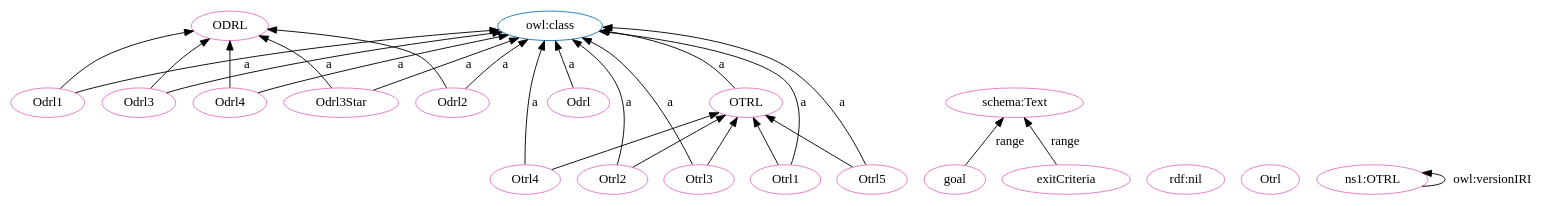
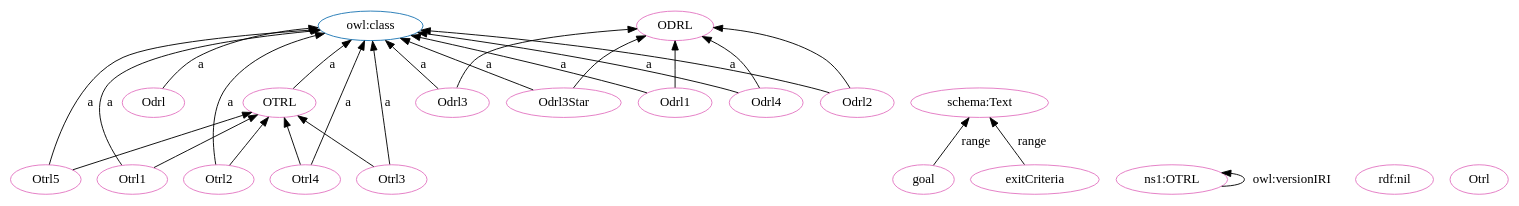
The diagram in OTRL-clean.dot (OPEN-NEXT/OKH-LOSH), drawn with Graphviz before and after one commit. The commit also changed other lines of this file and 15 other files, not shown here.

```diff
--- a/OTRL-clean.dot
+++ b/OTRL-clean.dot
@@ -1,51 +1,51 @@
 digraph G {
   rankdir=BT
   node[height=.3]
 "http://purl.org/oseg/ontologies/OTRL#OTRL" [fillcolor="#1f77b4" color="#1f77b4" label="OTRL"]
 "http://www.w3.org/2002/07/owl#class" [fillcolor="#1f77b4" color="#1f77b4" label="owl:class"]
 "http://purl.org/oseg/ontologies/OTRL#ODRL" [fillcolor="#1f77b4" color="#1f77b4" label="ODRL"]
+"http://purl.org/oseg/ontologies/OTRL#Otrl3" [fillcolor="#e377c2" color="#e377c2" label="Otrl3"]
+"http://purl.org/oseg/ontologies/OTRL#Odrl" [fillcolor="#e377c2" color="#e377c2" label="Odrl"]
 "http://purl.org/oseg/ontologies/OTRL#OTRL" [fillcolor="#e377c2" color="#e377c2" label="OTRL"]
-"http://purl.org/oseg/ontologies/OTRL#Otrl2" [fillcolor="#e377c2" color="#e377c2" label="Otrl2"]
+"http://schema.org/Text" [fillcolor="#e377c2" color="#e377c2" label="schema:Text"]
+"http://purl.org/oseg/ontologies/OTRL" [fillcolor="#e377c2" color="#e377c2" label="ns1:OTRL"]
+"http://purl.org/oseg/ontologies/OTRL#Odrl4" [fillcolor="#e377c2" color="#e377c2" label="Odrl4"]
 "http://purl.org/oseg/ontologies/OTRL#goal" [fillcolor="#e377c2" color="#e377c2" label="goal"]
+"http://purl.org/oseg/ontologies/OTRL#ODRL" [fillcolor="#e377c2" color="#e377c2" label="ODRL"]
 "http://purl.org/oseg/ontologies/OTRL#Odrl3Star" [fillcolor="#e377c2" color="#e377c2" label="Odrl3Star"]
 "http://www.w3.org/1999/02/22-rdf-syntax-ns#nil" [fillcolor="#e377c2" color="#e377c2" label="rdf:nil"]
 "http://purl.org/oseg/ontologies/OTRL#Otrl5" [fillcolor="#e377c2" color="#e377c2" label="Otrl5"]
 "http://purl.org/oseg/ontologies/OTRL#Otrl" [fillcolor="#e377c2" color="#e377c2" label="Otrl"]
-"http://purl.org/oseg/ontologies/OTRL#Odrl" [fillcolor="#e377c2" color="#e377c2" label="Odrl"]
-"http://purl.org/oseg/ontologies/OTRL#ODRL" [fillcolor="#e377c2" color="#e377c2" label="ODRL"]
-"http://purl.org/oseg/ontologies/OTRL#Otrl3" [fillcolor="#e377c2" color="#e377c2" label="Otrl3"]
-"http://schema.org/Text" [fillcolor="#e377c2" color="#e377c2" label="schema:Text"]
-"http://purl.org/oseg/ontologies/OTRL" [fillcolor="#e377c2" color="#e377c2" label="ns1:OTRL"]
-"http://purl.org/oseg/ontologies/OTRL#Otrl4" [fillcolor="#e377c2" color="#e377c2" label="Otrl4"]
-"http://purl.org/oseg/ontologies/OTRL#Odrl4" [fillcolor="#e377c2" color="#e377c2" label="Odrl4"]
+"http://purl.org/oseg/ontologies/OTRL#Odrl3" [fillcolor="#e377c2" color="#e377c2" label="Odrl3"]
+"http://purl.org/oseg/ontologies/OTRL#Otrl2" [fillcolor="#e377c2" color="#e377c2" label="Otrl2"]
 "http://purl.org/oseg/ontologies/OTRL#exitCriteria" [fillcolor="#e377c2" color="#e377c2" label="exitCriteria"]
+"http://purl.org/oseg/ontologies/OTRL#Odrl1" [fillcolor="#e377c2" color="#e377c2" label="Odrl1"]
 "http://purl.org/oseg/ontologies/OTRL#Otrl1" [fillcolor="#e377c2" color="#e377c2" label="Otrl1"]
 "http://purl.org/oseg/ontologies/OTRL#Odrl2" [fillcolor="#e377c2" color="#e377c2" label="Odrl2"]
-"http://purl.org/oseg/ontologies/OTRL#Odrl1" [fillcolor="#e377c2" color="#e377c2" label="Odrl1"]
-"http://purl.org/oseg/ontologies/OTRL#Odrl3" [fillcolor="#e377c2" color="#e377c2" label="Odrl3"]
-  "http://purl.org/oseg/ontologies/OTRL#Otrl3" -> "http://purl.org/oseg/ontologies/OTRL#OTRL" [label=""]
+"http://purl.org/oseg/ontologies/OTRL#Otrl4" [fillcolor="#e377c2" color="#e377c2" label="Otrl4"]
+  "http://purl.org/oseg/ontologies/OTRL#OTRL" -> "http://www.w3.org/2002/07/owl#class" [label="a"]
+  "http://purl.org/oseg/ontologies/OTRL#goal" -> "http://schema.org/Text" [label="range"]
   "http://purl.org/oseg/ontologies/OTRL#Odrl" -> "http://www.w3.org/2002/07/owl#class" [label="a"]
   "http://purl.org/oseg/ontologies/OTRL#Odrl3" -> "http://purl.org/oseg/ontologies/OTRL#ODRL" [label=""]
+  "http://purl.org/oseg/ontologies/OTRL#Otrl2" -> "http://purl.org/oseg/ontologies/OTRL#OTRL" [label=""]
+  "http://purl.org/oseg/ontologies/OTRL#Otrl1" -> "http://purl.org/oseg/ontologies/OTRL#OTRL" [label=""]
+  "http://purl.org/oseg/ontologies/OTRL#Odrl1" -> "http://purl.org/oseg/ontologies/OTRL#ODRL" [label=""]
   "http://purl.org/oseg/ontologies/OTRL#Otrl4" -> "http://purl.org/oseg/ontologies/OTRL#OTRL" [label=""]
-  "http://purl.org/oseg/ontologies/OTRL#Odrl4" -> "http://purl.org/oseg/ontologies/OTRL#ODRL" [label=""]
+  "http://purl.org/oseg/ontologies/OTRL#exitCriteria" -> "http://schema.org/Text" [label="range"]
+  "http://purl.org/oseg/ontologies/OTRL#Otrl3" -> "http://www.w3.org/2002/07/owl#class" [label="a"]
+  "http://purl.org/oseg/ontologies/OTRL#Odrl4" -> "http://www.w3.org/2002/07/owl#class" [label="a"]
+  "http://purl.org/oseg/ontologies/OTRL#Odrl3Star" -> "http://www.w3.org/2002/07/owl#class" [label="a"]
+  "http://purl.org/oseg/ontologies/OTRL#Odrl3Star" -> "http://purl.org/oseg/ontologies/OTRL#ODRL" [label=""]
+  "http://purl.org/oseg/ontologies/OTRL#Otrl5" -> "http://www.w3.org/2002/07/owl#class" [label="a"]
+  "http://purl.org/oseg/ontologies/OTRL#Otrl5" -> "http://purl.org/oseg/ontologies/OTRL#OTRL" [label=""]
+  "http://purl.org/oseg/ontologies/OTRL#Otrl3" -> "http://purl.org/oseg/ontologies/OTRL#OTRL" [label=""]
   "http://purl.org/oseg/ontologies/OTRL#Otrl4" -> "http://www.w3.org/2002/07/owl#class" [label="a"]
   "http://purl.org/oseg/ontologies/OTRL#Odrl3" -> "http://www.w3.org/2002/07/owl#class" [label="a"]
+  "http://purl.org/oseg/ontologies/OTRL#Otrl2" -> "http://www.w3.org/2002/07/owl#class" [label="a"]
+  "http://purl.org/oseg/ontologies/OTRL#Odrl4" -> "http://purl.org/oseg/ontologies/OTRL#ODRL" [label=""]
+  "http://purl.org/oseg/ontologies/OTRL" -> "http://purl.org/oseg/ontologies/OTRL" [label="owl:versionIRI"]
   "http://purl.org/oseg/ontologies/OTRL#Odrl2" -> "http://purl.org/oseg/ontologies/OTRL#ODRL" [label=""]
+  "http://purl.org/oseg/ontologies/OTRL#Odrl1" -> "http://www.w3.org/2002/07/owl#class" [label="a"]
+  "http://purl.org/oseg/ontologies/OTRL#Odrl2" -> "http://www.w3.org/2002/07/owl#class" [label="a"]
   "http://purl.org/oseg/ontologies/OTRL#Otrl1" -> "http://www.w3.org/2002/07/owl#class" [label="a"]
-  "http://purl.org/oseg/ontologies/OTRL#Odrl1" -> "http://purl.org/oseg/ontologies/OTRL#ODRL" [label=""]
-  "http://purl.org/oseg/ontologies/OTRL#Odrl2" -> "http://www.w3.org/2002/07/owl#class" [label="a"]
-  "http://purl.org/oseg/ontologies/OTRL#Otrl2" -> "http://purl.org/oseg/ontologies/OTRL#OTRL" [label=""]
-  "http://purl.org/oseg/ontologies/OTRL#Otrl5" -> "http://purl.org/oseg/ontologies/OTRL#OTRL" [label=""]
-  "http://purl.org/oseg/ontologies/OTRL#Otrl2" -> "http://www.w3.org/2002/07/owl#class" [label="a"]
-  "http://purl.org/oseg/ontologies/OTRL#Odrl3Star" -> "http://www.w3.org/2002/07/owl#class" [label="a"]
-  "http://purl.org/oseg/ontologies/OTRL#Otrl5" -> "http://www.w3.org/2002/07/owl#class" [label="a"]
-  "http://purl.org/oseg/ontologies/OTRL#Otrl3" -> "http://www.w3.org/2002/07/owl#class" [label="a"]
-  "http://purl.org/oseg/ontologies/OTRL#Odrl3Star" -> "http://purl.org/oseg/ontologies/OTRL#ODRL" [label=""]
-  "http://purl.org/oseg/ontologies/OTRL#Otrl1" -> "http://purl.org/oseg/ontologies/OTRL#OTRL" [label=""]
-  "http://purl.org/oseg/ontologies/OTRL#exitCriteria" -> "http://schema.org/Text" [label="range"]
-  "http://purl.org/oseg/ontologies/OTRL" -> "http://purl.org/oseg/ontologies/OTRL" [label="owl:versionIRI"]
-  "http://purl.org/oseg/ontologies/OTRL#Odrl4" -> "http://www.w3.org/2002/07/owl#class" [label="a"]
-  "http://purl.org/oseg/ontologies/OTRL#OTRL" -> "http://www.w3.org/2002/07/owl#class" [label="a"]
-  "http://purl.org/oseg/ontologies/OTRL#Odrl1" -> "http://www.w3.org/2002/07/owl#class" [label="a"]
-  "http://purl.org/oseg/ontologies/OTRL#goal" -> "http://schema.org/Text" [label="range"]
 }
```
